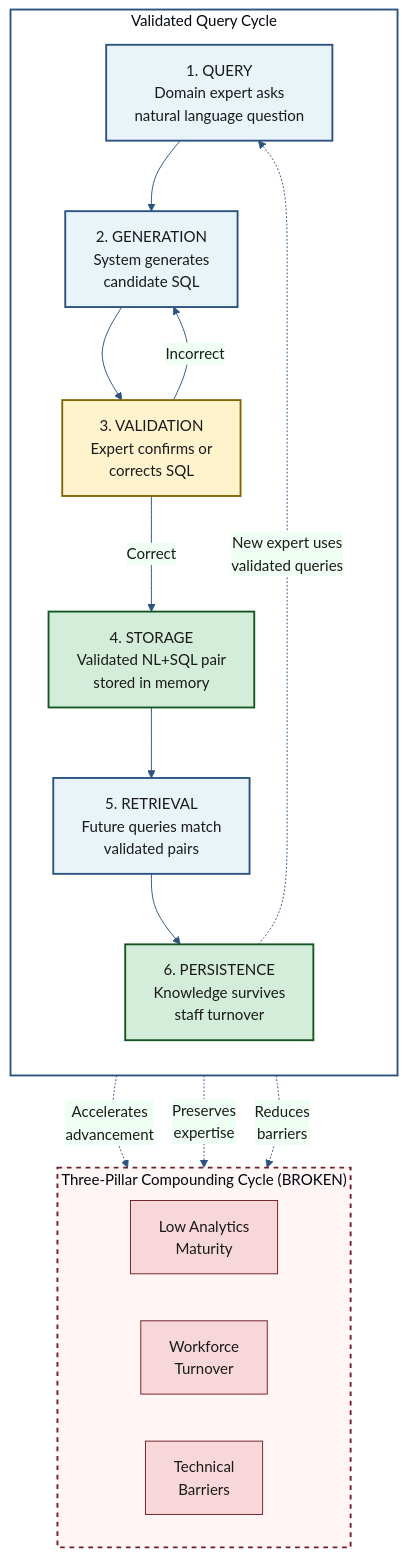
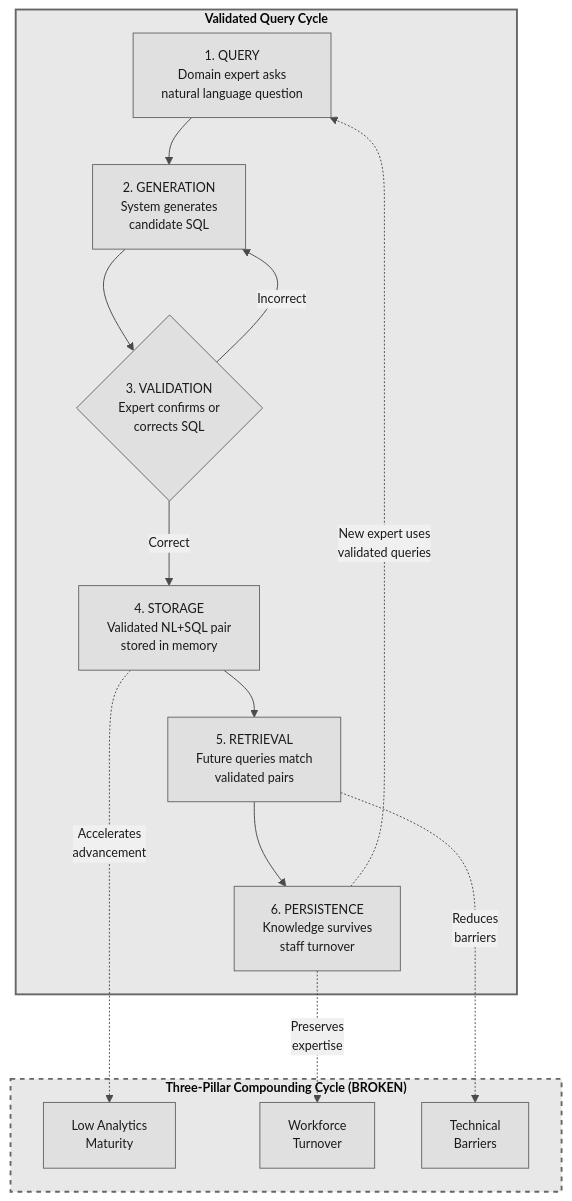
Before and after one commit to stharrold/yuimedi-paper-20250901: the diagram in figures/knowledge-cycle.mmd, drawn with Mermaid. The commit also changed 1 other file, not shown here.

Commit message:
style(figures): format Figure 2 to match grayscale theme
- Use same theme settings as Figures 1 and 3
- Apply grayscale color scheme (#e0e0e0, #666)
- Add bold subgraph titles
- Use consistent font settings (Arial, 10pt)
- Use diamond shape for validation decision node

🤖 Generated with [Claude Code](https://claude.com/claude-code)

```diff
--- a/figures/knowledge-cycle.mmd
+++ b/figures/knowledge-cycle.mmd
@@ -1,42 +1,37 @@
-%%{init: {'theme': 'base', 'themeVariables': { 'primaryColor': '#e8f4f8', 'primaryTextColor': '#1a1a1a', 'primaryBorderColor': '#2c5282', 'lineColor': '#2c5282', 'secondaryColor': '#f0fff4', 'tertiaryColor': '#fffaf0'}}}%%
-flowchart TB
-    subgraph CYCLE["Validated Query Cycle"]
-        direction TB
+%%{init: {'theme': 'base', 'flowchart': {'useMaxWidth': false, 'markdownAutoWrap': false}, 'themeVariables': { 'primaryColor': '#e0e0e0', 'primaryTextColor': '#1a1a1a', 'primaryBorderColor': '#666', 'lineColor': '#4a4a4a', 'secondaryColor': '#f0f0f0', 'tertiaryColor': '#fafafa', 'fontFamily': 'Arial, sans-serif', 'fontSize': '10pt'}}}%%
+flowchart TD
+    %% Validated Query Cycle - Knowledge Preservation Mechanism
+    %% Shows how validated NL+SQL pairs break the three-pillar compounding cycle
+
+    subgraph CYCLE["<b>Validated Query Cycle</b>"]
         Q["1. QUERY<br/>Domain expert asks<br/>natural language question"]
         G["2. GENERATION<br/>System generates<br/>candidate SQL"]
-        V["3. VALIDATION<br/>Expert confirms or<br/>corrects SQL"]
+        V{"3. VALIDATION<br/>Expert confirms or<br/>corrects SQL"}
         S["4. STORAGE<br/>Validated NL+SQL pair<br/>stored in memory"]
         R["5. RETRIEVAL<br/>Future queries match<br/>validated pairs"]
         P["6. PERSISTENCE<br/>Knowledge survives<br/>staff turnover"]
     end
 
-    subgraph PILLARS["Three-Pillar Compounding Cycle (BROKEN)"]
-        direction LR
+    subgraph PILLARS["<b>Three-Pillar Compounding Cycle (BROKEN)</b>"]
         M["Low Analytics<br/>Maturity"]
         T["Workforce<br/>Turnover"]
         B["Technical<br/>Barriers"]
     end
 
+    %% Main cycle flow
     Q --> G
     G --> V
     V -->|"Correct"| S
     V -->|"Incorrect"| G
     S --> R
     R --> P
     P -.->|"New expert uses<br/>validated queries"| Q
 
+    %% How cycle breaks each pillar
     S -.->|"Accelerates<br/>advancement"| M
     P -.->|"Preserves<br/>expertise"| T
     R -.->|"Reduces<br/>barriers"| B
 
-    style Q fill:#e8f4f8,stroke:#2c5282,stroke-width:2px
-    style G fill:#e8f4f8,stroke:#2c5282,stroke-width:2px
-    style V fill:#fff3cd,stroke:#856404,stroke-width:2px
-    style S fill:#d4edda,stroke:#155724,stroke-width:2px
-    style R fill:#e8f4f8,stroke:#2c5282,stroke-width:2px
-    style P fill:#d4edda,stroke:#155724,stroke-width:2px
-    style M fill:#f8d7da,stroke:#721c24,stroke-width:1px
-    style T fill:#f8d7da,stroke:#721c24,stroke-width:1px
-    style B fill:#f8d7da,stroke:#721c24,stroke-width:1px
-    style CYCLE fill:#ffffff,stroke:#2c5282,stroke-width:2px
-    style PILLARS fill:#fff5f5,stroke:#721c24,stroke-width:2px,stroke-dasharray: 5 5
+    %% Styling - Grayscale
+    style CYCLE fill:#e8e8e8,stroke:#666,stroke-width:2px
+    style PILLARS fill:#e8e8e8,stroke:#666,stroke-width:2px,stroke-dasharray:5 5
```
